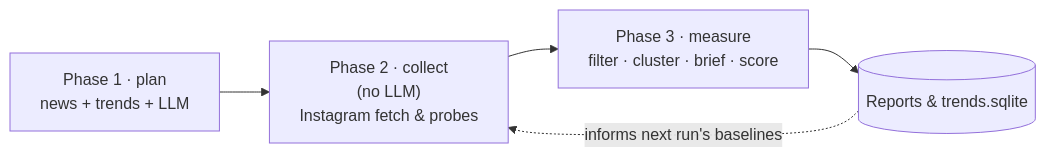
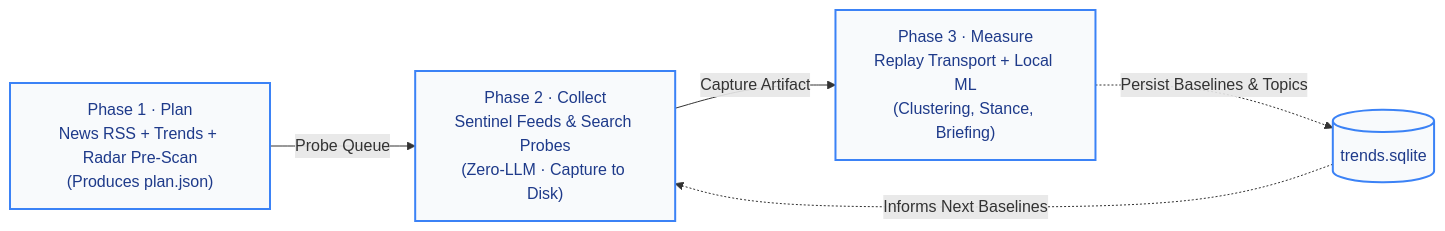
One commit to shankha06/identify-what-matters changed the third of 18 diagrams in docs/ARCHITECTURE.md. Above: the diagram before and after it, drawn with Mermaid. The commit also changed other lines of this file and 21 other files, not shown here.

````diff
--- a/docs/ARCHITECTURE.md
+++ b/docs/ARCHITECTURE.md
@@ -47,7 +228,10 @@
 ```mermaid
 flowchart LR
-    A["Phase 1 · plan<br/>news + trends + LLM"] --> B["Phase 2 · collect<br/>(no LLM)<br/>Instagram fetch & probes"]
-    B --> C["Phase 3 · measure<br/>filter · cluster · brief · score"]
-    C --> D[("Reports & trends.sqlite")]
-    D -.->|informs next run's baselines| B
+    P1["Phase 1 · Plan<br/>News RSS + Trends + Radar Pre-Scan<br/>(Produces plan.json)"] -->|Probe Queue| P2["Phase 2 · Collect<br/>Sentinel Feeds & Search Probes<br/>(Zero-LLM · Capture to Disk)"]
+    P2 -->|Capture Artifact| P3["Phase 3 · Measure<br/>Replay Transport + Local ML<br/>(Clustering, Stance, Briefing)"]
+    P3 -.->|Persist Baselines & Topics| DB[("trends.sqlite")]
+    DB -.->|Informs Next Baselines| P2
+
+    classDef pStyle fill:#f8fafc,stroke:#3b82f6,stroke-width:2px,color:#1e3a8a;
+    class P1,P2,P3,DB pStyle;
 ```
````
